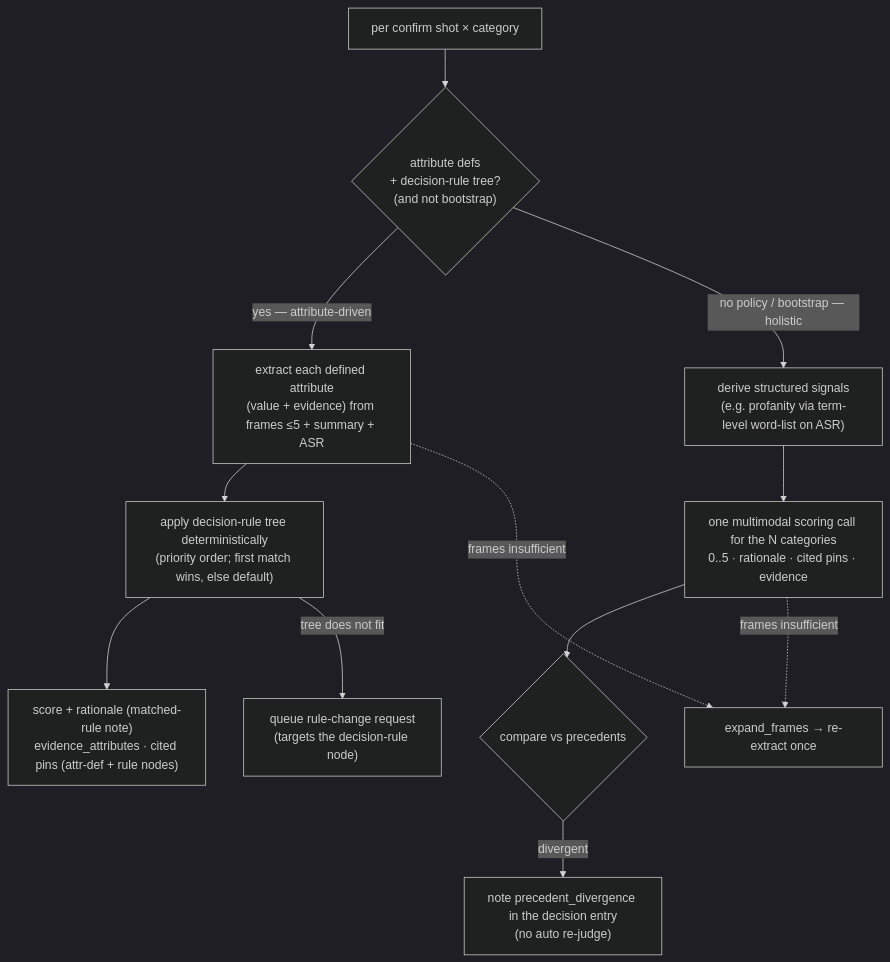
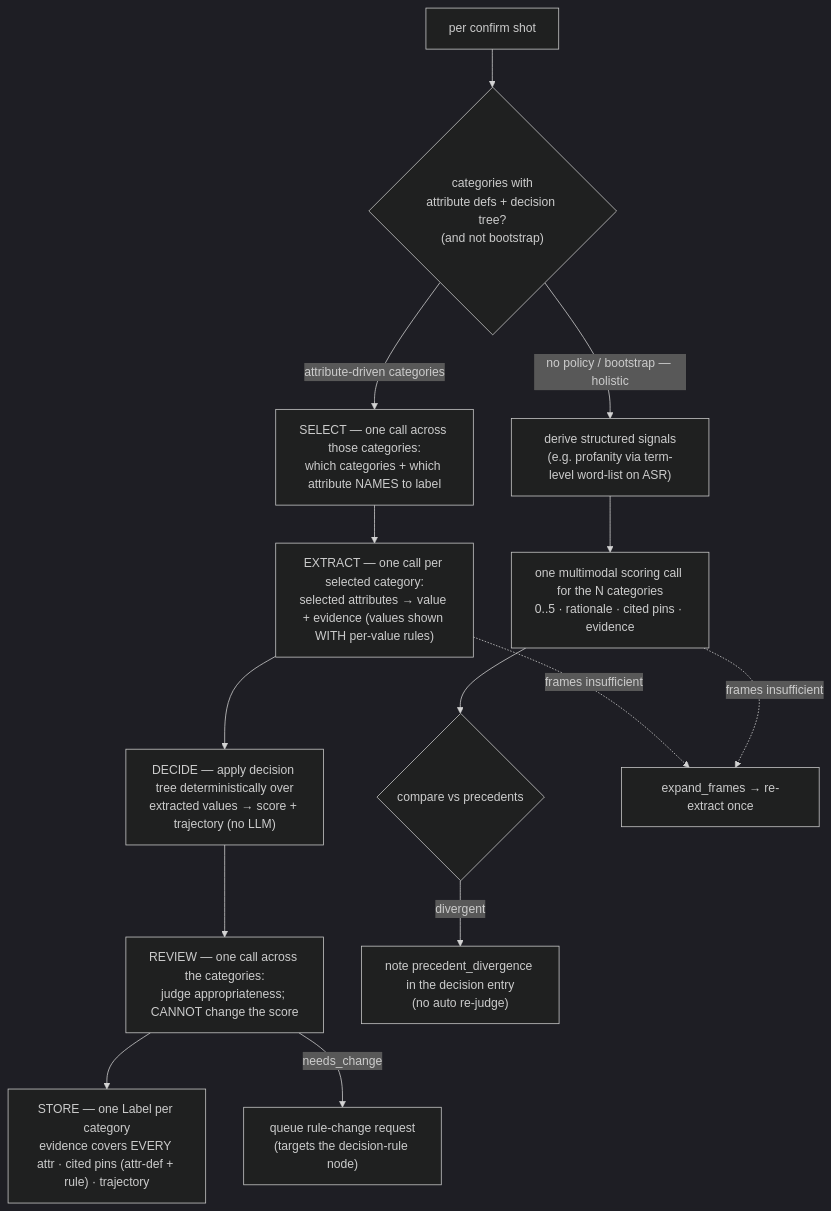
The second of 2 diagrams in docs/AGENT_WORKFLOW.md (jhoowy/GV-Auto-Labelling-Agent), drawn with Mermaid (dark theme) before and after one commit. The commit also changed other lines of this file and 3 other files, not shown here.

First line of the commit message:
labelling: rewrite JUDGE as SELECT -> EXTRACT -> DECIDE -> REVIEW -> STORE

````diff
--- a/docs/AGENT_WORKFLOW.md
+++ b/docs/AGENT_WORKFLOW.md
@@ -81,18 +85,20 @@
 ```mermaid
 flowchart TB
-  IN["per confirm shot × category"]
-  IN --> Q{"attribute defs<br/>+ decision-rule tree?<br/>(and not bootstrap)"}
+  IN["per confirm shot"]
+  IN --> Q{"categories with<br/>attribute defs + decision tree?<br/>(and not bootstrap)"}
 
-  Q -->|"yes — attribute-driven"| EX["extract each defined attribute<br/>(value + evidence) from frames ≤5 + summary + ASR"]
-  EX --> AP["apply decision-rule tree deterministically<br/>(priority order; first match wins, else default)"]
-  AP --> SC1["score + rationale (matched-rule note)<br/>evidence_attributes · cited pins (attr-def + rule nodes)"]
-  AP -->|"tree does not fit"| RC["queue rule-change request<br/>(targets the decision-rule node)"]
+  Q -->|"attribute-driven categories"| SEL["SELECT — one call across those categories:<br/>which categories + which attribute NAMES to label"]
+  SEL --> EXT["EXTRACT — one call per selected category:<br/>selected attributes → value + evidence (values shown WITH per-value rules)"]
+  EXT --> DEC["DECIDE — apply decision tree deterministically over<br/>extracted values → score + trajectory (no LLM)"]
+  DEC --> REV["REVIEW — one call across the categories:<br/>judge appropriateness; CANNOT change the score"]
+  REV --> STO["STORE — one Label per category<br/>evidence covers EVERY attr · cited pins (attr-def + rule) · trajectory"]
+  REV -->|"needs_change"| RC["queue rule-change request<br/>(targets the decision-rule node)"]
 
   Q -->|"no policy / bootstrap — holistic"| HD["derive structured signals<br/>(e.g. profanity via term-level word-list on ASR)"]
   HD --> HS["one multimodal scoring call for the N categories<br/>0..5 · rationale · cited pins · evidence"]
   HS --> CK{"compare vs precedents"}
   CK -->|"divergent"| ISS["note precedent_divergence in the decision entry<br/>(no auto re-judge)"]
 
-  EX -.->|"frames insufficient"| EXP["expand_frames → re-extract once"]
+  EXT -.->|"frames insufficient"| EXP["expand_frames → re-extract once"]
   HS -.->|"frames insufficient"| EXP
 ```
````
